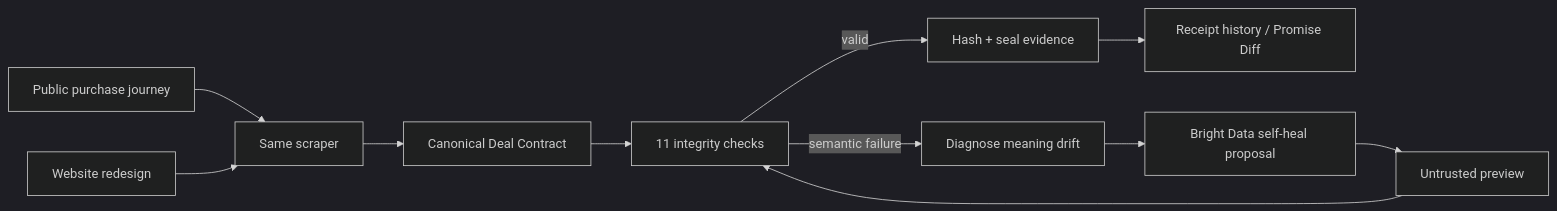
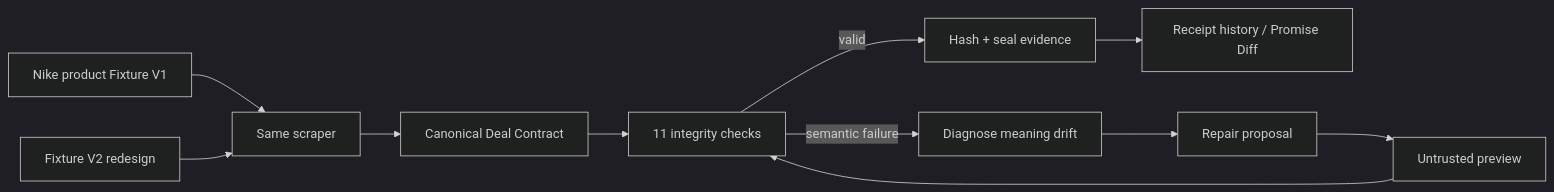
One commit to SaiKrishna181707/webReceipt changed the diagram in README.md. Above: the diagram before and after it, drawn with Mermaid (dark theme). The commit also changed other lines of this file, not shown here.

Commit message:
Make README lead with Nike product semantic drift and preserve hotel sponsor history

````diff
--- a/README.md
+++ b/README.md
@@ -161,14 +157,14 @@
 ```mermaid
 flowchart LR
-    A[Public purchase journey] --> B[Same scraper]
+    A[Nike product Fixture V1] --> B[Same scraper]
     B --> C[Canonical Deal Contract]
     C --> D[11 integrity checks]
     D -->|valid| E[Hash + seal evidence]
     E --> F[Receipt history / Promise Diff]
 
-    A2[Website redesign] --> B
+    A2[Fixture V2 redesign] --> B
     D -->|semantic failure| G[Diagnose meaning drift]
-    G --> H[Bright Data self-heal proposal]
+    G --> H[Repair proposal]
     H --> I[Untrusted preview]
     I --> D
 ```
````
